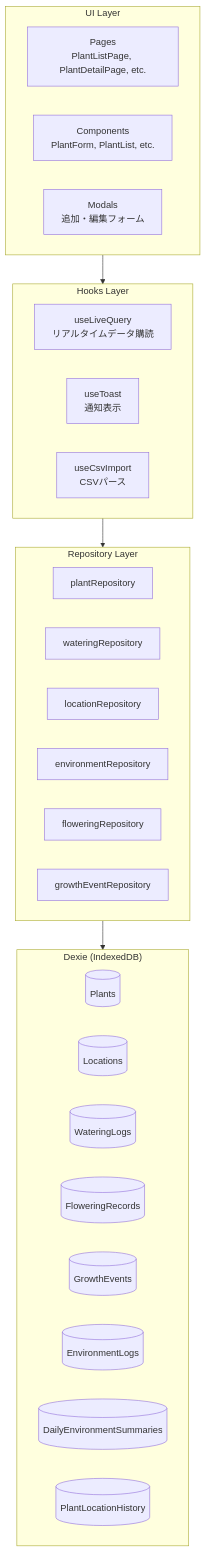
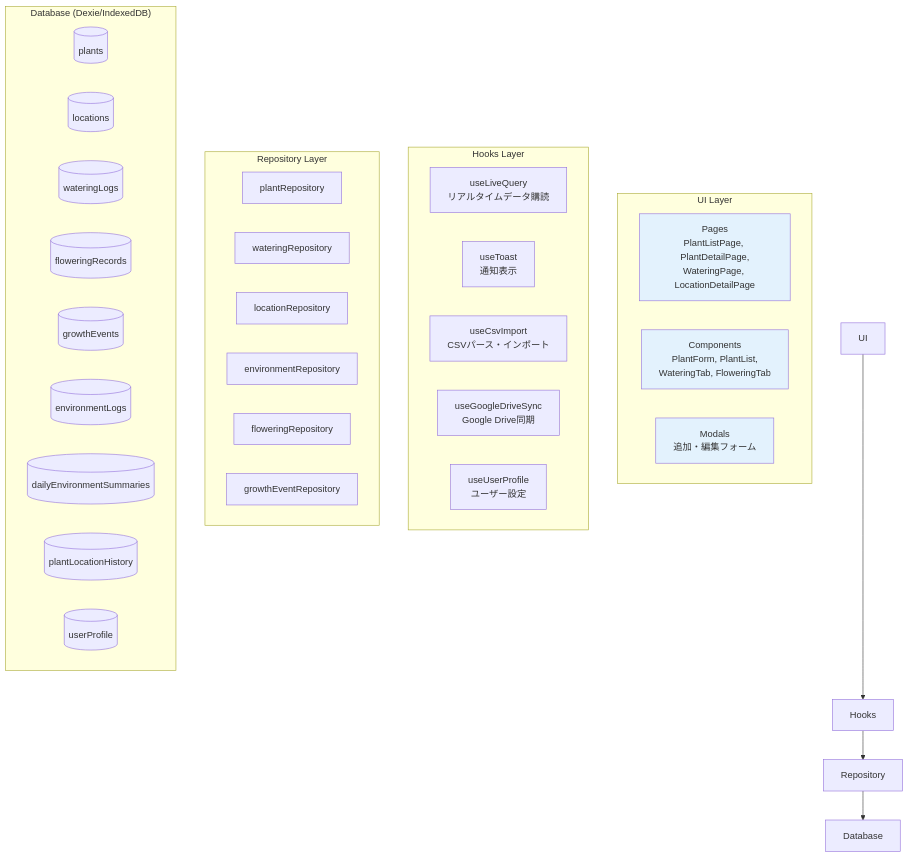
The eighth of 19 diagrams in docs/app-flow-diagram.md (flat-lw/plalog), drawn with Mermaid before and after one commit. The commit also changed other lines of this file and 6 other files, not shown here.

First line of the commit message:
docs: フロー図をテンプレートに基づき全面改訂、仕様書を実装に合わせて更新

````diff
--- a/docs/app-flow-diagram.md
+++ b/docs/app-flow-diagram.md
@@ -68,38 +274,45 @@
 ```mermaid
-flowchart TB
-    subgraph UI["UI Layer"]
-        Pages["Pages<br>PlantListPage, PlantDetailPage, etc."]
-        Components["Components<br>PlantForm, PlantList, etc."]
-        Modals["Modals<br>追加・編集フォーム"]
+graph TB
+    subgraph "UI Layer"
+        Pages["Pages<br/>PlantListPage, PlantDetailPage,<br/>WateringPage, LocationDetailPage"]
+        Components["Components<br/>PlantForm, PlantList,<br/>WateringTab, FloweringTab"]
+        Modals["Modals<br/>追加・編集フォーム"]
     end
 
-    subgraph Hooks["Hooks Layer"]
-        LiveQuery["useLiveQuery<br>リアルタイムデータ購読"]
-        Toast["useToast<br>通知表示"]
-        CsvImport["useCsvImport<br>CSVパース"]
+    subgraph "Hooks Layer"
+        LiveQuery["useLiveQuery<br/>リアルタイムデータ購読"]
+        Toast["useToast<br/>通知表示"]
+        CsvImport["useCsvImport<br/>CSVパース・インポート"]
+        GoogleDrive["useGoogleDriveSync<br/>Google Drive同期"]
+        UserProfile["useUserProfile<br/>ユーザー設定"]
     end
 
-    subgraph Repository["Repository Layer"]
+    subgraph "Repository Layer"
         PlantRepo["plantRepository"]
         WateringRepo["wateringRepository"]
         LocationRepo["locationRepository"]
         EnvRepo["environmentRepository"]
         FloweringRepo["floweringRepository"]
         GrowthRepo["growthEventRepository"]
     end
 
-    subgraph Database["Dexie (IndexedDB)"]
-        Plants[(Plants)]
-        Locations[(Locations)]
-        WateringLogs[(WateringLogs)]
-        FloweringRecords[(FloweringRecords)]
-        GrowthEvents[(GrowthEvents)]
-        EnvironmentLogs[(EnvironmentLogs)]
-        DailySummaries[(DailyEnvironmentSummaries)]
-        LocationHistory[(PlantLocationHistory)]
+    subgraph "Database (Dexie/IndexedDB)"
+        Plants[(plants)]
+        Locations[(locations)]
+        WateringLogs[(wateringLogs)]
+        FloweringRecords[(floweringRecords)]
+        GrowthEvents[(growthEvents)]
+        EnvironmentLogs[(environmentLogs)]
+        DailySummaries[(dailyEnvironmentSummaries)]
+        LocationHistory[(plantLocationHistory)]
+        UserProfiles[(userProfile)]
     end
 
     UI --> Hooks
     Hooks --> Repository
     Repository --> Database
+
+    style Pages fill:#e3f2fd
+    style Components fill:#e3f2fd
+    style Modals fill:#e3f2fd
 ```
````
